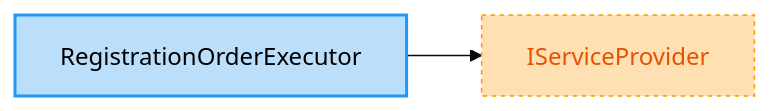
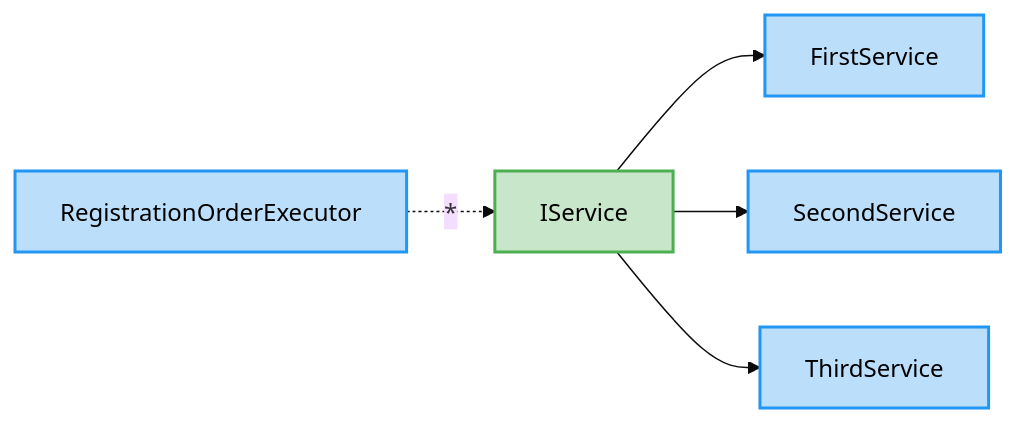
Before and after one commit to arika0093/Qudi: the diagram in examples/Qudi.Example.Readme/exported/RegistrationOrderExecutor.md, drawn with Mermaid (base theme). The commit also changed 12 other files, not shown here.

````diff
--- a/examples/Qudi.Example.Readme/exported/RegistrationOrderExecutor.md
+++ b/examples/Qudi.Example.Readme/exported/RegistrationOrderExecutor.md
@@ -1,11 +1,20 @@
 ```mermaid
 flowchart LR
-    System_IServiceProvider["IServiceProvider"]
     Qudi_Examples_RegistrationOrder_RegistrationOrderExecutor["RegistrationOrderExecutor"]
-    Qudi_Examples_RegistrationOrder_RegistrationOrderExecutor --> System_IServiceProvider
+    Qudi_Examples_RegistrationOrder_IService["IService"]
+    Qudi_Examples_RegistrationOrder_FirstService["FirstService"]
+    Qudi_Examples_RegistrationOrder_SecondService["SecondService"]
+    Qudi_Examples_RegistrationOrder_ThirdService["ThirdService"]
+    Qudi_Examples_RegistrationOrder_RegistrationOrderExecutor -.->|"*"| Qudi_Examples_RegistrationOrder_IService
+    Qudi_Examples_RegistrationOrder_IService --> Qudi_Examples_RegistrationOrder_FirstService
+    Qudi_Examples_RegistrationOrder_IService --> Qudi_Examples_RegistrationOrder_SecondService
+    Qudi_Examples_RegistrationOrder_IService --> Qudi_Examples_RegistrationOrder_ThirdService
+    classDef interface fill:#c8e6c9,stroke:#4caf50,stroke-width:2px,color:#000;
+    class Qudi_Examples_RegistrationOrder_IService interface;
     classDef cls fill:#bbdefb,stroke:#2196f3,stroke-width:2px,color:#000;
     class Qudi_Examples_RegistrationOrder_RegistrationOrderExecutor cls;
-    classDef external fill:#ffe0b2,stroke:#ff9800,stroke-width:1px,stroke-dasharray:3 3,color:#e65100;
-    class System_IServiceProvider external;
+    class Qudi_Examples_RegistrationOrder_FirstService cls;
+    class Qudi_Examples_RegistrationOrder_SecondService cls;
+    class Qudi_Examples_RegistrationOrder_ThirdService cls;
 
 ```
````
